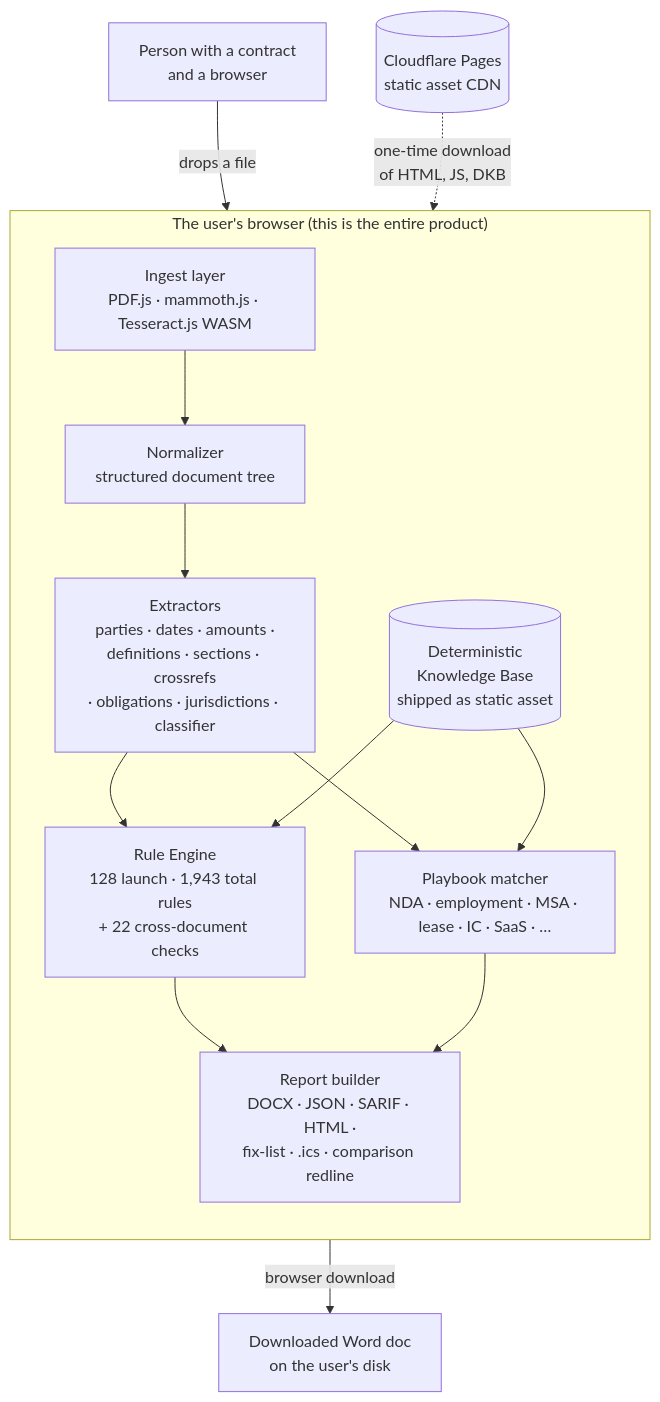
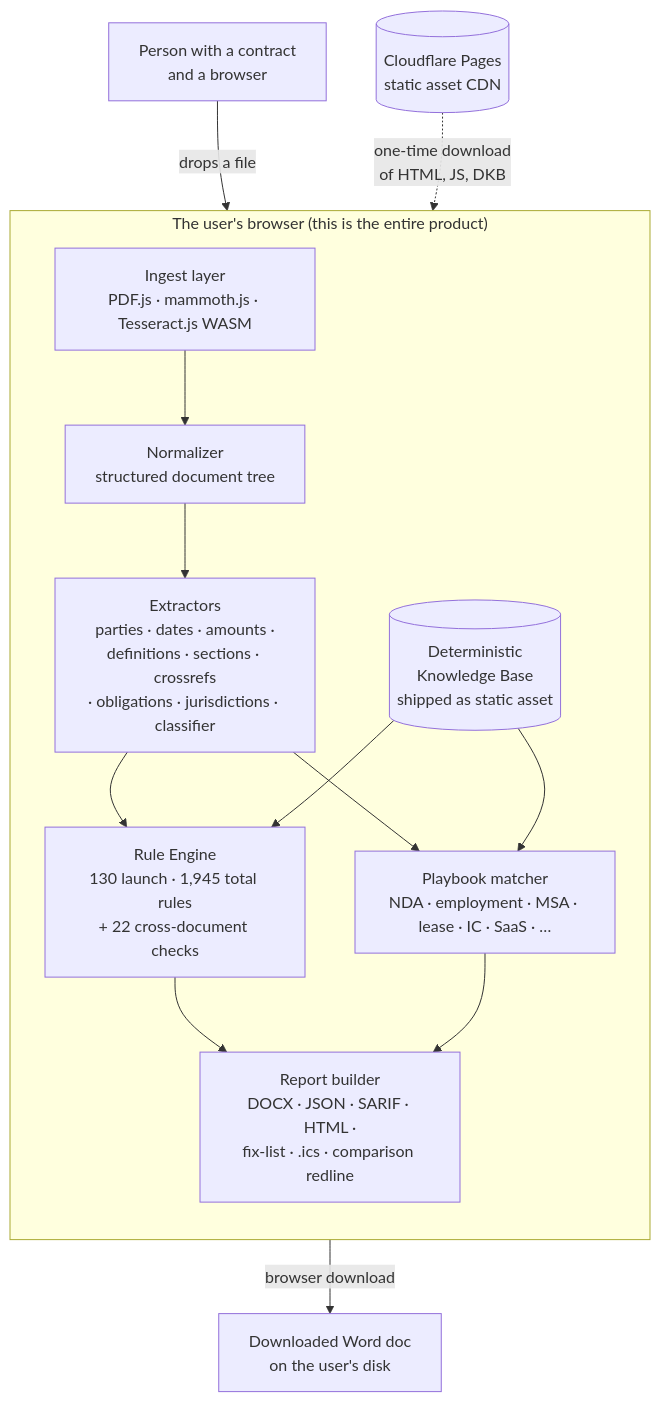
One commit to clay-good/vaulytica changed the diagram in docs/architecture.md. Above: the diagram before and after it, drawn with Mermaid. The commit also changed other lines of this file and 391 other files, not shown here.

First line of the commit message:
feat(rules): check the FTC Holder Rule notice word for word

````diff
--- a/docs/architecture.md
+++ b/docs/architecture.md
@@ -5,28 +5,28 @@
 ```mermaid
 flowchart TB
     user[Person with a contract<br/>and a browser]
 
     subgraph browser["The user's browser (this is the entire product)"]
         direction TB
         ingest[Ingest layer<br/>PDF.js · mammoth.js · Tesseract.js WASM]
         normalize[Normalizer<br/>structured document tree]
         extract[Extractors<br/>parties · dates · amounts ·<br/>definitions · sections · crossrefs<br/>· obligations · jurisdictions · classifier]
-        engine[Rule Engine<br/>128 launch · 1,943 total rules<br/>+ 22 cross-document checks]
+        engine[Rule Engine<br/>130 launch · 1,945 total rules<br/>+ 22 cross-document checks]
         playbook[Playbook matcher<br/>NDA · employment · MSA · lease · IC · SaaS · …]
         dkb[(Deterministic<br/>Knowledge Base<br/>shipped as static asset)]
         report[Report builder<br/>DOCX · JSON · SARIF · HTML ·<br/>fix-list · .ics · comparison redline]
     end
 
     cdn[(Cloudflare Pages<br/>static asset CDN)]
     download[Downloaded Word doc<br/>on the user's disk]
 
     user -- "drops a file" --> ingest
     cdn -. "one-time download<br/>of HTML, JS, DKB" .-> browser
     ingest --> normalize --> extract --> engine
     extract --> playbook
     dkb --> engine
     dkb --> playbook
     engine --> report
     playbook --> report
     report -- "browser download" --> download
 ```
````
